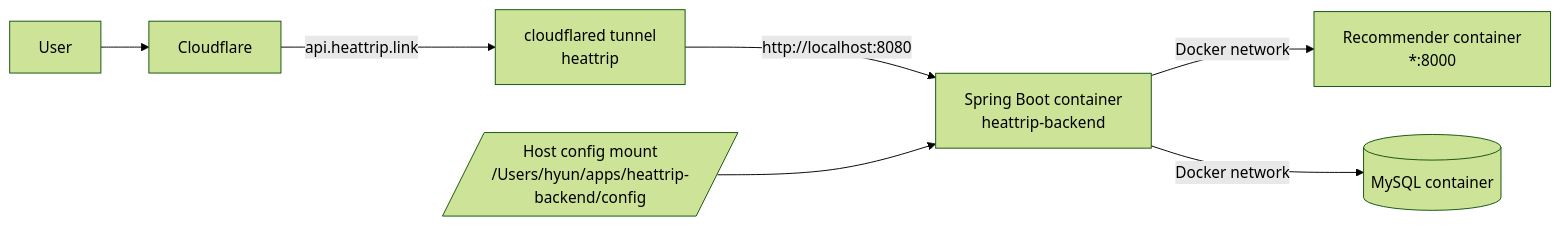
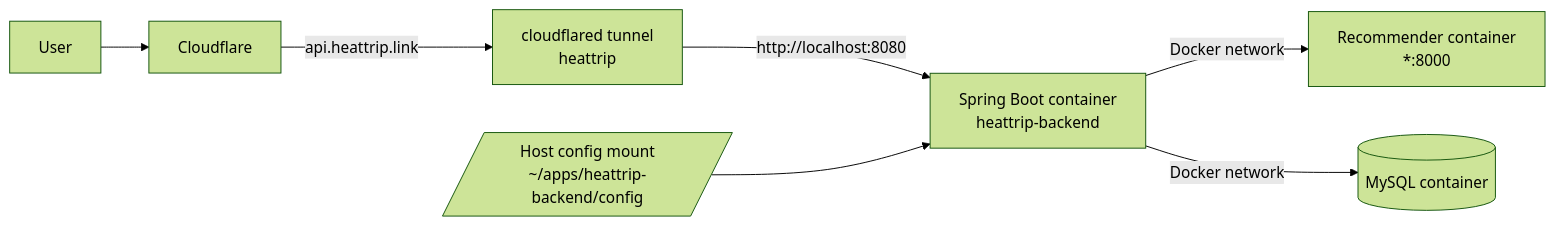
One commit to sanghyunbang/Heat_Trip_Spring_Boot_BE changed the first of 2 diagrams in docs/operations/public-operation-transition/20_mac_mini_actual_state_2026_03_18.md. Above: the diagram before and after it, drawn with Mermaid (forest theme). The commit also changed other lines of this file and 14 other files, not shown here.

````diff
--- a/docs/operations/public-operation-transition/20_mac_mini_actual_state_2026_03_18.md
+++ b/docs/operations/public-operation-transition/20_mac_mini_actual_state_2026_03_18.md
@@ -23,17 +23,17 @@
 ```mermaid
 flowchart LR
     user[User]
     cf[Cloudflare]
     cfd[cloudflared tunnel<br/>heattrip]
     app[Spring Boot container<br/>heattrip-backend]
     rec[Recommender container<br/>*:8000]
     db[(MySQL container)]
-    cfg[/Host config mount<br/>/Users/hyun/apps/heattrip-backend/config/]
+    cfg[/Host config mount<br/>~/apps/heattrip-backend/config/]
 
     user --> cf
     cf -->|api.heattrip.link| cfd
     cfd -->|http://localhost:8080| app
     app -->|Docker network| rec
     app -->|Docker network| db
     cfg --> app
 ```
````
